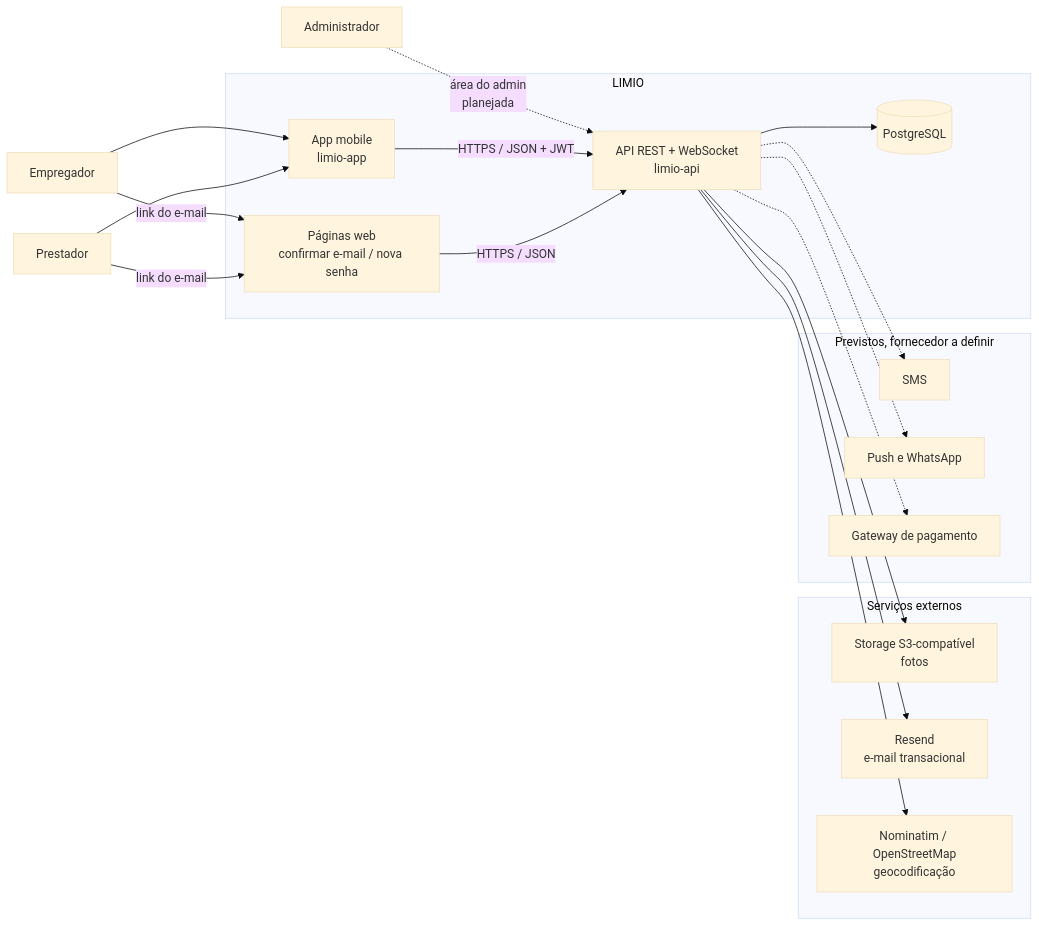
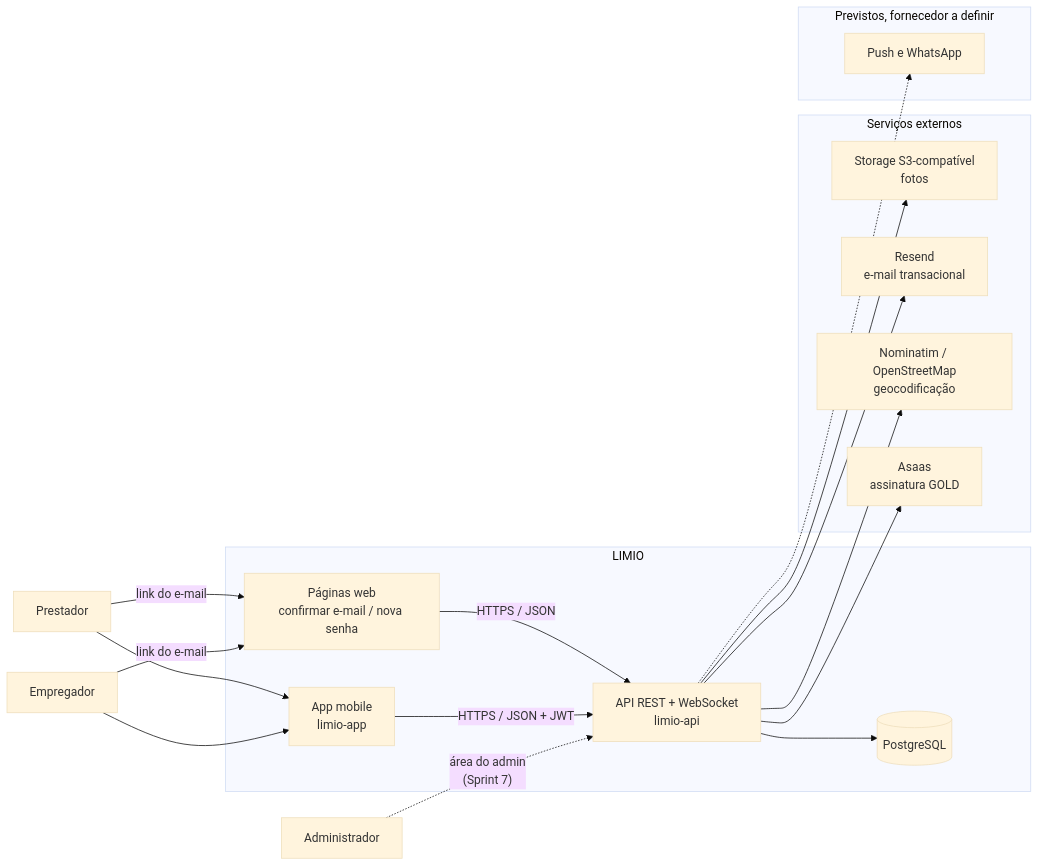
Before and after one commit to LimioDev/limio-docs: the first of 11 diagrams in system-design/system-design.md, drawn with Mermaid (base theme). The commit also changed other lines of this file and 12 other files, not shown here.

````diff
--- a/system-design/system-design.md
+++ b/system-design/system-design.md
@@ -52,40 +52,38 @@
 ```mermaid
 flowchart LR
     EMP["Empregador"]
     PRE["Prestador"]
     ADM["Administrador"]
 
     subgraph LIMIO
         APP["App mobile<br/>limio-app"]
         WEB["Páginas web<br/>confirmar e-mail / nova senha"]
         API["API REST + WebSocket<br/>limio-api"]
         DB[("PostgreSQL")]
     end
 
     subgraph EXT["Serviços externos"]
         S3["Storage S3-compatível<br/>fotos"]
         RES["Resend<br/>e-mail transacional"]
         NOM["Nominatim / OpenStreetMap<br/>geocodificação"]
+        PAY["Asaas<br/>assinatura GOLD"]
     end
 
     subgraph FUT["Previstos, fornecedor a definir"]
-        SMS["SMS"]
         PUSH["Push e WhatsApp"]
-        PAY["Gateway de pagamento"]
     end
 
     EMP --> APP
     PRE --> APP
-    ADM -. "área do admin<br/>planejada" .-> API
+    ADM -. "área do admin<br/>(Sprint 7)" .-> API
     EMP -- "link do e-mail" --> WEB
     PRE -- "link do e-mail" --> WEB
     APP -- "HTTPS / JSON + JWT" --> API
     WEB -- "HTTPS / JSON" --> API
     API --> DB
     API --> S3
     API --> RES
     API --> NOM
-    API -.-> SMS
+    API --> PAY
     API -.-> PUSH
-    API -.-> PAY
 ```
````
